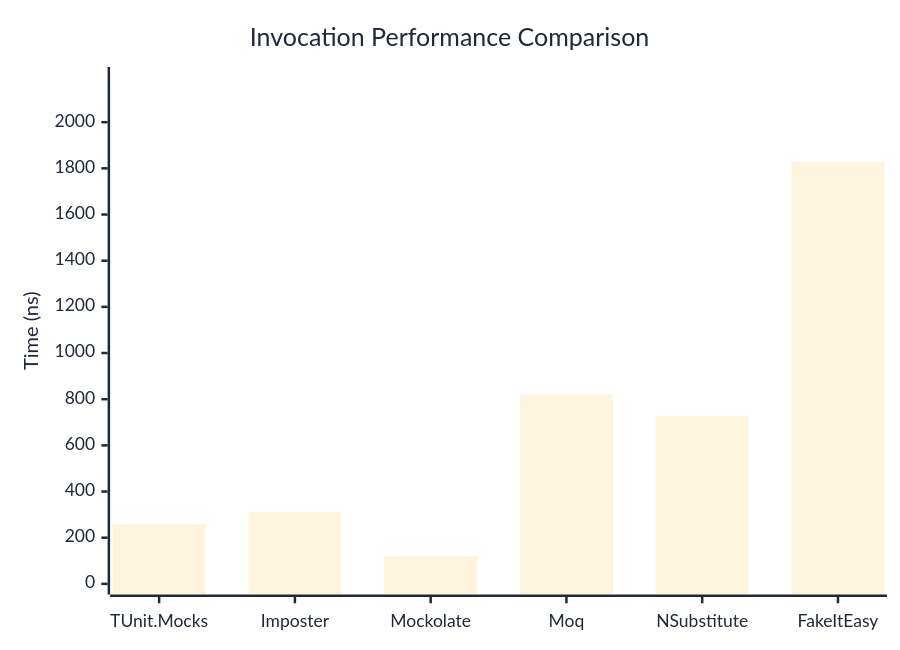
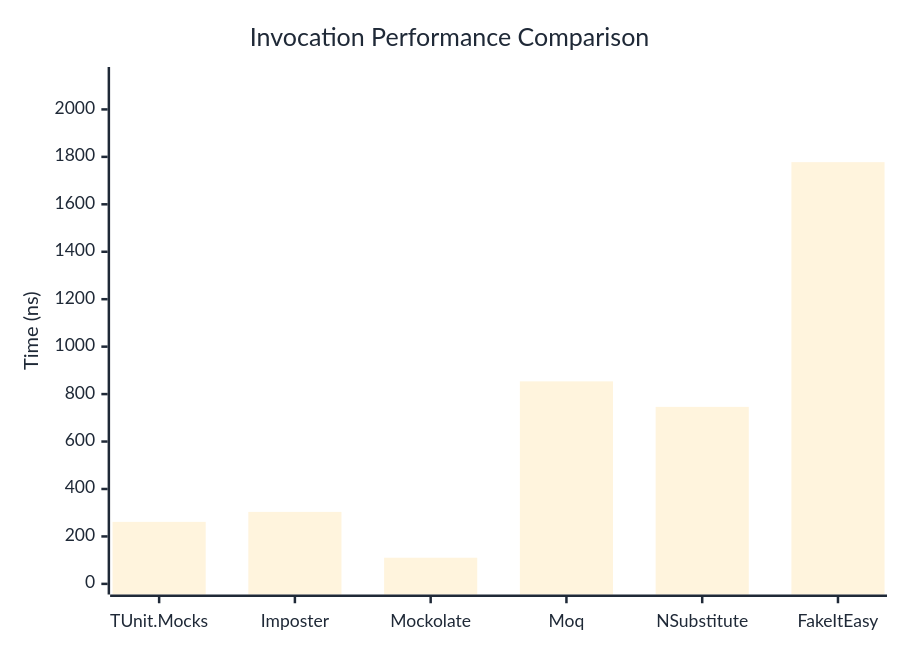
The first of 3 diagrams in docs/docs/benchmarks/mocks/Invocation.md (thomhurst/TUnit), drawn with Mermaid before and after one commit. The commit also changed other lines of this file and 14 other files, not shown here.

````diff
--- a/docs/docs/benchmarks/mocks/Invocation.md
+++ b/docs/docs/benchmarks/mocks/Invocation.md
@@ -30,27 +30,27 @@
 ```mermaid
 %%{init: {
   'theme':'base',
   'themeVariables': {
     'primaryColor': '#2563eb',
     'primaryTextColor': '#1f2937',
     'primaryBorderColor': '#1e40af',
     'lineColor': '#6b7280',
     'secondaryColor': '#7c3aed',
     'tertiaryColor': '#dc2626',
     'background': '#ffffff',
     'pie1': '#2563eb',
     'pie2': '#7c3aed',
     'pie3': '#dc2626',
     'pie4': '#f59e0b',
     'pie5': '#10b981',
     'pie6': '#06b6d4',
     'pie7': '#ec4899',
     'pie8': '#6366f1'
   }
 }}%%
 xychart-beta
   title "Invocation Performance Comparison"
   x-axis ["TUnit.Mocks", "Imposter", "Mockolate", "Moq", "NSubstitute", "FakeItEasy"]
-  y-axis "Time (ns)" 0 --> 2193
-  bar [260.4, 311.4, 120.5, 819.8, 725.5, 1827.4]
+  y-axis "Time (ns)" 0 --> 2134
+  bar [261.4, 303.32, 110.24, 853.69, 746.11, 1777.71]
 ```
````
